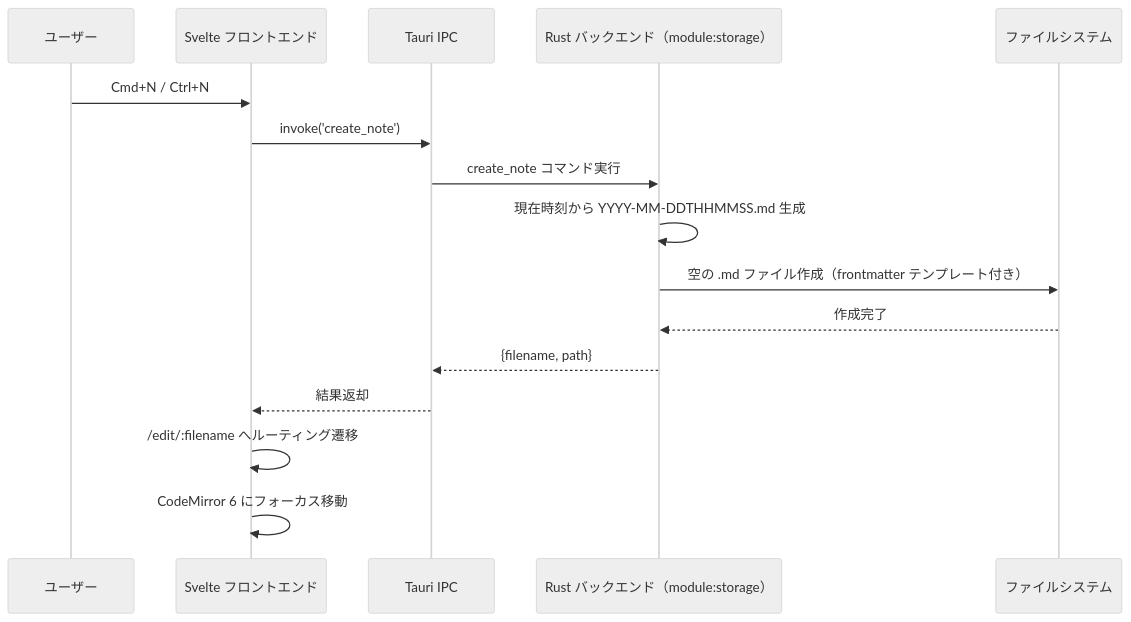
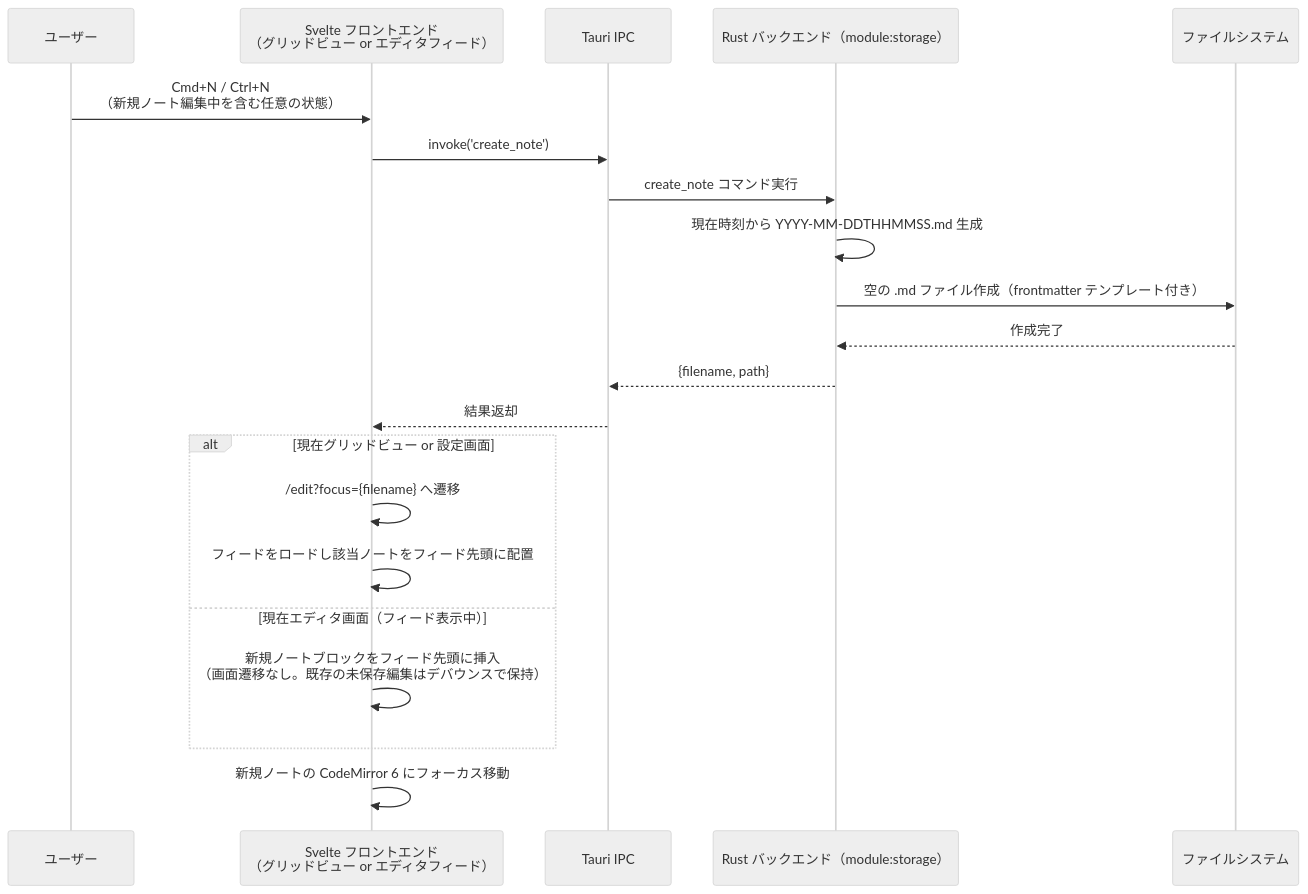
The third of 4 diagrams in docs/detailed_design/component_architecture.md (dev-komenzar/prompt-notes), drawn with Mermaid (neutral theme) before and after one commit. The commit also changed other lines of this file and 6 other files, not shown here.

````diff
--- a/docs/detailed_design/component_architecture.md
+++ b/docs/detailed_design/component_architecture.md
@@ -152,19 +152,26 @@
 ```mermaid
 sequenceDiagram
     participant User as ユーザー
-    participant FE as Svelte フロントエンド
+    participant FE as Svelte フロントエンド<br/>（グリッドビュー or エディタフィード）
     participant IPC as Tauri IPC
     participant RS as Rust バックエンド（module:storage）
     participant FS as ファイルシステム
 
-    User->>FE: Cmd+N / Ctrl+N
+    User->>FE: Cmd+N / Ctrl+N<br/>（新規ノート編集中を含む任意の状態）
     FE->>IPC: invoke('create_note')
     IPC->>RS: create_note コマンド実行
     RS->>RS: 現在時刻から YYYY-MM-DDTHHMMSS.md 生成
     RS->>FS: 空の .md ファイル作成（frontmatter テンプレート付き）
     FS-->>RS: 作成完了
     RS-->>IPC: {filename, path}
     IPC-->>FE: 結果返却
-    FE->>FE: /edit/:filename へルーティング遷移
-    FE->>FE: CodeMirror 6 にフォーカス移動
+
+    alt 現在グリッドビュー or 設定画面
+        FE->>FE: /edit?focus={filename} へ遷移
+        FE->>FE: フィードをロードし該当ノートをフィード先頭に配置
+    else 現在エディタ画面（フィード表示中）
+        FE->>FE: 新規ノートブロックをフィード先頭に挿入<br/>（画面遷移なし。既存の未保存編集はデバウンスで保持）
+    end
+
+    FE->>FE: 新規ノートの CodeMirror 6 にフォーカス移動
 ```
````
